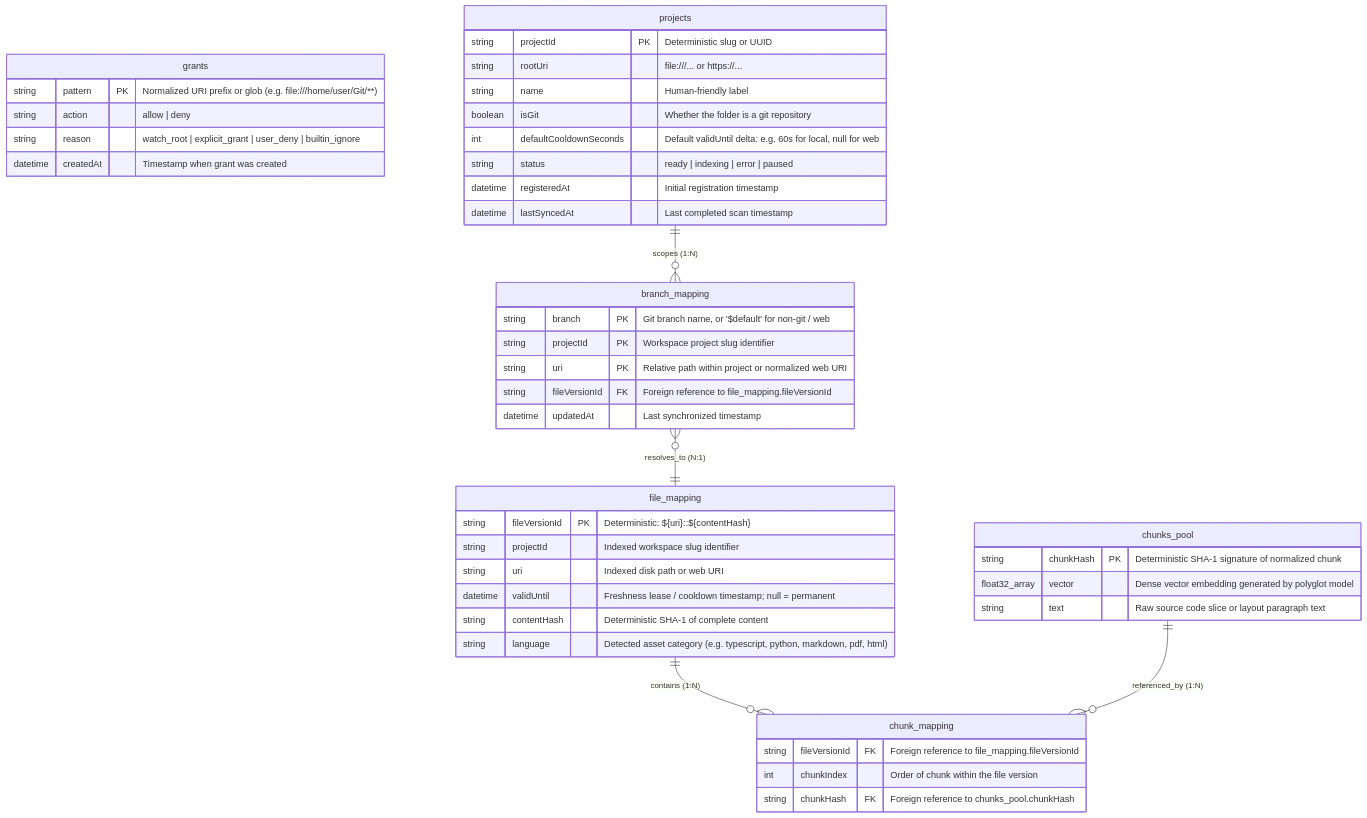
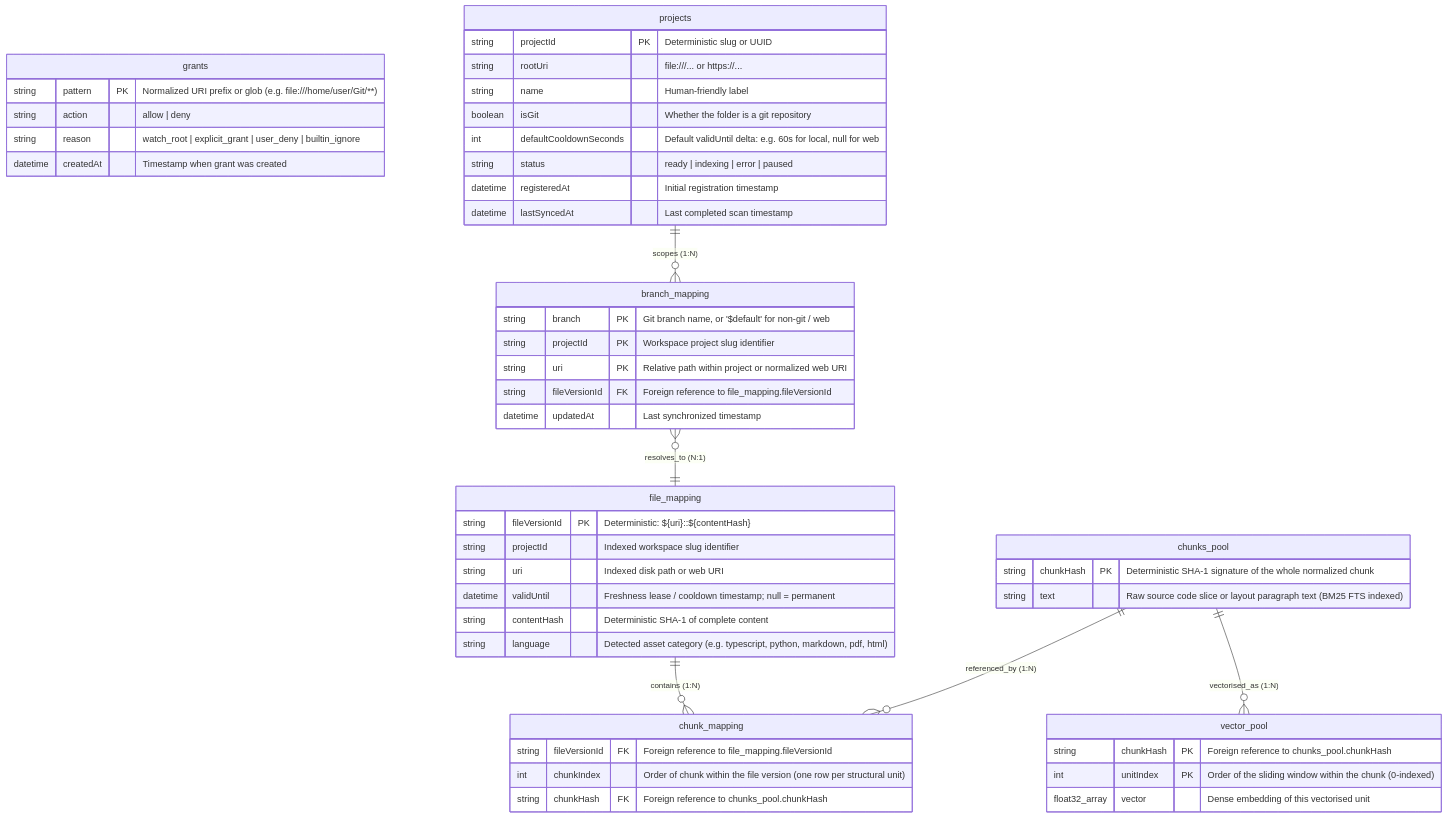
Before and after one commit to ai4ci/prag: the diagram in design/resources/storage-schema.mmd, drawn with Mermaid. The commit also changed 60 other files, not shown here.

```diff
--- a/design/resources/storage-schema.mmd
+++ b/design/resources/storage-schema.mmd
@@ -1,53 +1,59 @@
 erDiagram
     grants
     projects ||--o{ branch_mapping : "scopes (1:N)"
     branch_mapping }o--|| file_mapping : "resolves_to (N:1)"
     file_mapping ||--o{ chunk_mapping : "contains (1:N)"
     chunks_pool ||--o{ chunk_mapping : "referenced_by (1:N)"
+    chunks_pool ||--o{ vector_pool : "vectorised_as (1:N)"
 
     grants {
         string pattern PK "Normalized URI prefix or glob (e.g. file:///home/user/Git/**)"
         string action "allow | deny"
         string reason "watch_root | explicit_grant | user_deny | builtin_ignore"
         datetime createdAt "Timestamp when grant was created"
     }
 
     projects {
         string projectId PK "Deterministic slug or UUID"
         string rootUri "file:///... or https://..."
         string name "Human-friendly label"
         boolean isGit "Whether the folder is a git repository"
         int defaultCooldownSeconds "Default validUntil delta: e.g. 60s for local, null for web"
         string status "ready | indexing | error | paused"
         datetime registeredAt "Initial registration timestamp"
         datetime lastSyncedAt "Last completed scan timestamp"
     }
 
     branch_mapping {
         string branch PK "Git branch name, or '$default' for non-git / web"
         string projectId PK "Workspace project slug identifier"
         string uri PK "Relative path within project or normalized web URI"
         string fileVersionId FK "Foreign reference to file_mapping.fileVersionId"
         datetime updatedAt "Last synchronized timestamp"
     }
 
     file_mapping {
         string fileVersionId PK "Deterministic: ${uri}::${contentHash}"
         string projectId "Indexed workspace slug identifier"
         string uri "Indexed disk path or web URI"
         datetime validUntil "Freshness lease / cooldown timestamp; null = permanent"
         string contentHash "Deterministic SHA-1 of complete content"
         string language "Detected asset category (e.g. typescript, python, markdown, pdf, html)"
     }
 
     chunk_mapping {
         string fileVersionId FK "Foreign reference to file_mapping.fileVersionId"
-        int chunkIndex "Order of chunk within the file version"
+        int chunkIndex "Order of chunk within the file version (one row per structural unit)"
         string chunkHash FK "Foreign reference to chunks_pool.chunkHash"
     }
 
     chunks_pool {
-        string chunkHash PK "Deterministic SHA-1 signature of normalized chunk"
-        float32_array vector "Dense vector embedding generated by polyglot model"
-        string text "Raw source code slice or layout paragraph text"
+        string chunkHash PK "Deterministic SHA-1 signature of the whole normalized chunk"
+        string text "Raw source code slice or layout paragraph text (BM25 FTS indexed)"
     }
+
+    vector_pool {
+        string chunkHash PK "Foreign reference to chunks_pool.chunkHash"
+        int unitIndex PK "Order of the sliding window within the chunk (0-indexed)"
+        float32_array vector "Dense embedding of this vectorised unit"
+    }
```
